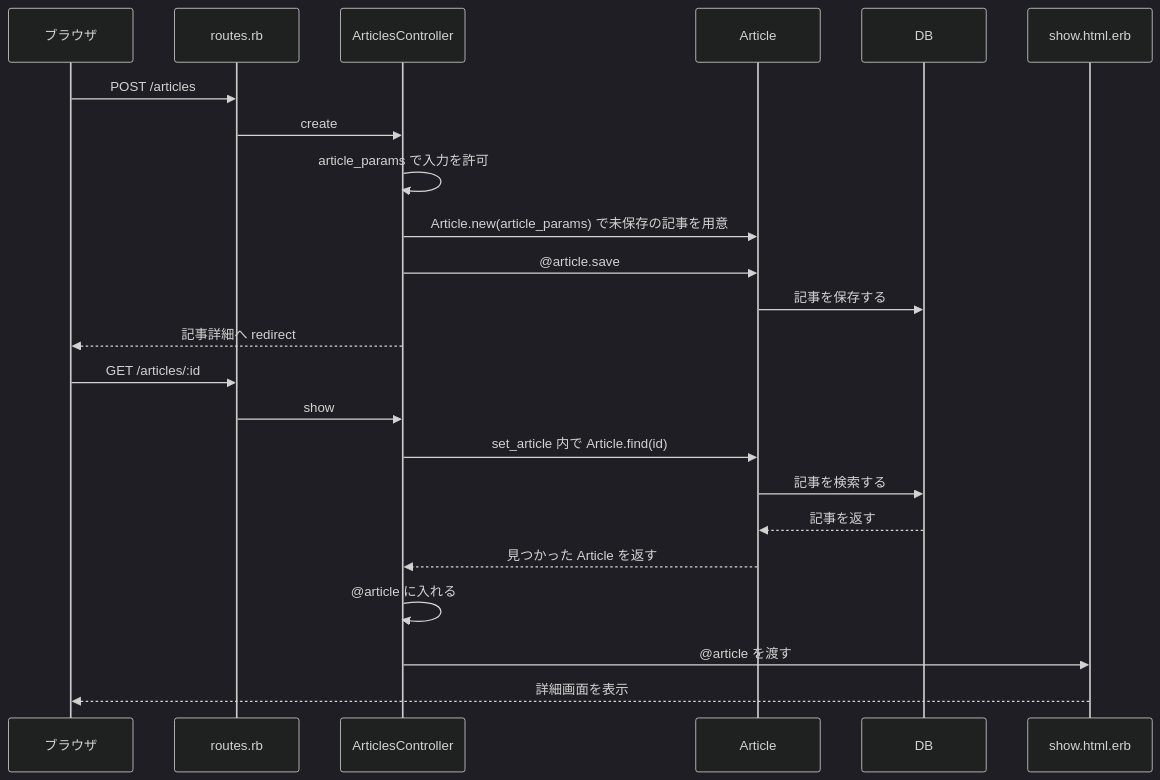
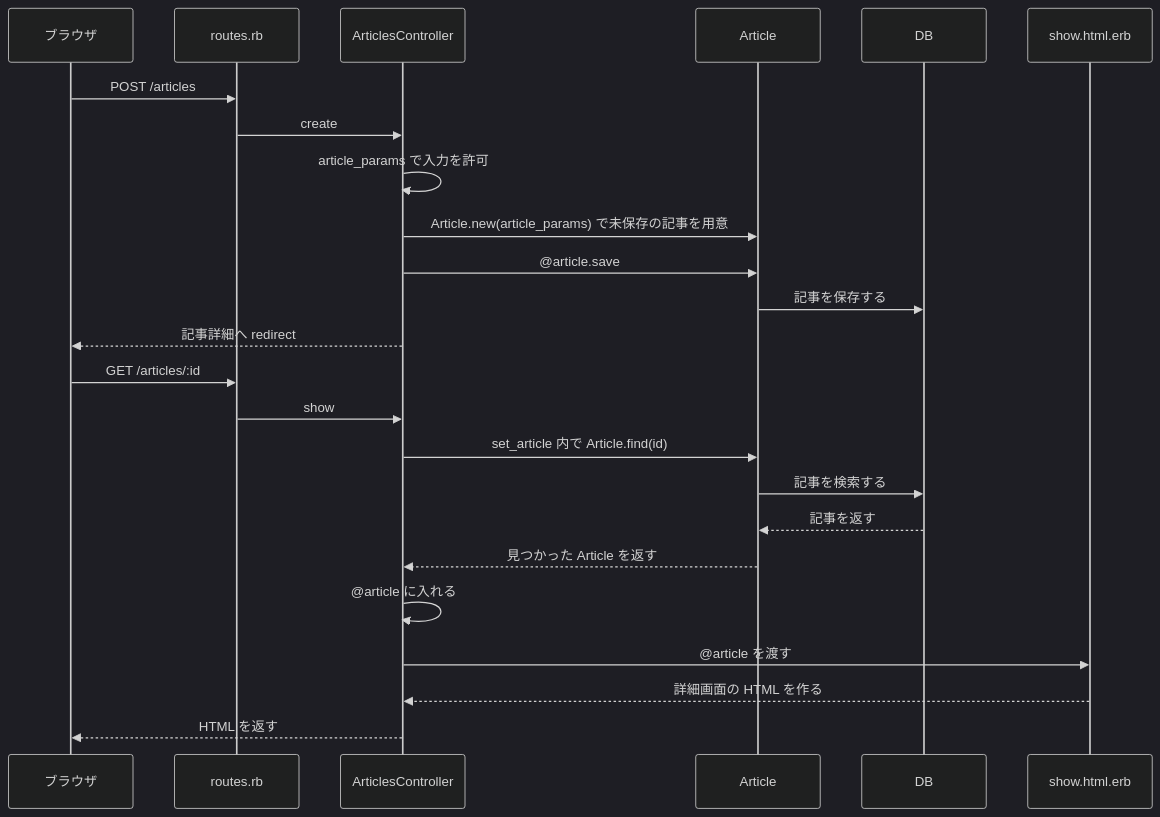
One commit to TORIFUKUKaiou/rails-dojo-year2-content changed the fifth of 5 diagrams in 06/practice.md. Above: the diagram before and after it, drawn with Mermaid (dark theme).

Commit message:
Detail controller and view response flow in lesson 6 practice sequence diagram

````diff
--- a/06/practice.md
+++ b/06/practice.md
@@ -1014,25 +1014,26 @@
 ```mermaid
 sequenceDiagram
   participant B as ブラウザ
   participant R as routes.rb
   participant C as ArticlesController
   participant M as Article
   participant D as DB
   participant V as show.html.erb
   B->>R: POST /articles
   R->>C: create
   C->>C: article_params で入力を許可
   C->>M: Article.new(article_params) で未保存の記事を用意
   C->>M: @article.save
   M->>D: 記事を保存する
   C-->>B: 記事詳細へ redirect
   B->>R: GET /articles/:id
   R->>C: show
   C->>M: set_article 内で Article.find(id)
   M->>D: 記事を検索する
   D-->>M: 記事を返す
   M-->>C: 見つかった Article を返す
   C->>C: @article に入れる
   C->>V: @article を渡す
-  V-->>B: 詳細画面を表示
+  V-->>C: 詳細画面の HTML を作る
+  C-->>B: HTML を返す
 ```
````
